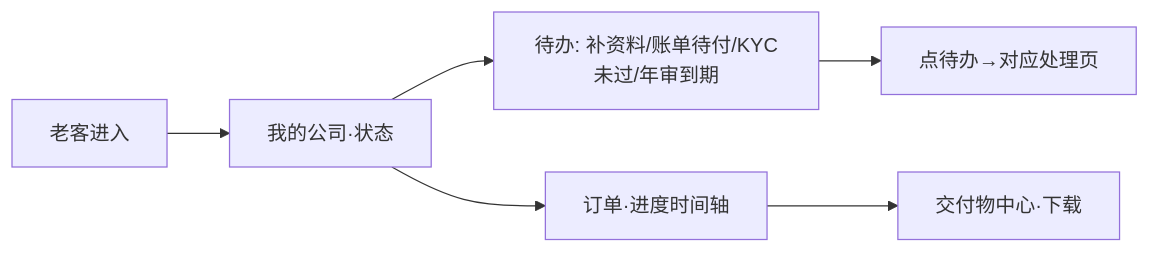
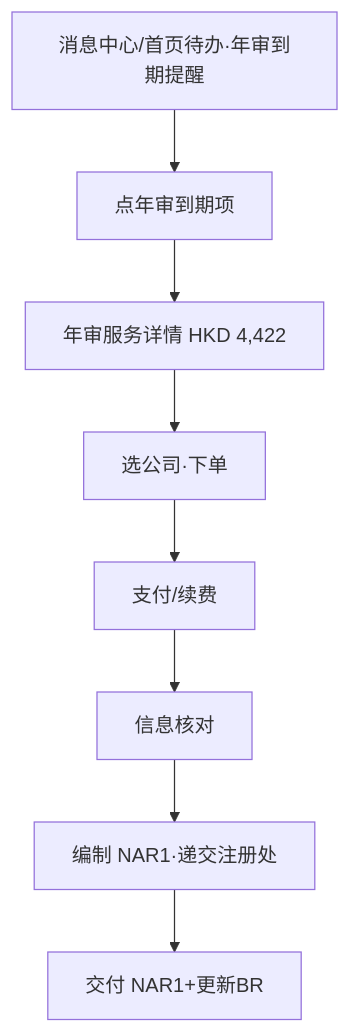
One commit to xiahan3/leapex_Leapexbiz changed the fourth of 10 diagrams in docs/PRD_小程序完整版_v1.0.md. Above: the diagram before and after it, drawn with Mermaid. The commit also changed other lines of this file and 2 other files, not shown here.

````diff
--- a/docs/PRD_小程序完整版_v1.0.md
+++ b/docs/PRD_小程序完整版_v1.0.md
@@ -145,8 +208,10 @@
 ```mermaid
-flowchart LR
-  A[老客进入] --> B[我的公司·状态]
-  B --> C[待办: 补资料/账单待付/KYC未过/年审到期]
-  C --> D[点待办→对应处理页]
-  B --> E[订单·进度时间轴]
-  E --> F[交付物中心·下载]
+flowchart TD
+    A[消息中心/首页待办·年审到期提醒] --> B[点年审到期项]
+    B --> C[年审服务详情 HKD 4,422]
+    C --> D[选公司·下单]
+    D --> E[支付/续费]
+    E --> F[信息核对]
+    F --> G[编制 NAR1·递交注册处]
+    G --> H[交付 NAR1+更新BR]
 ```
````
